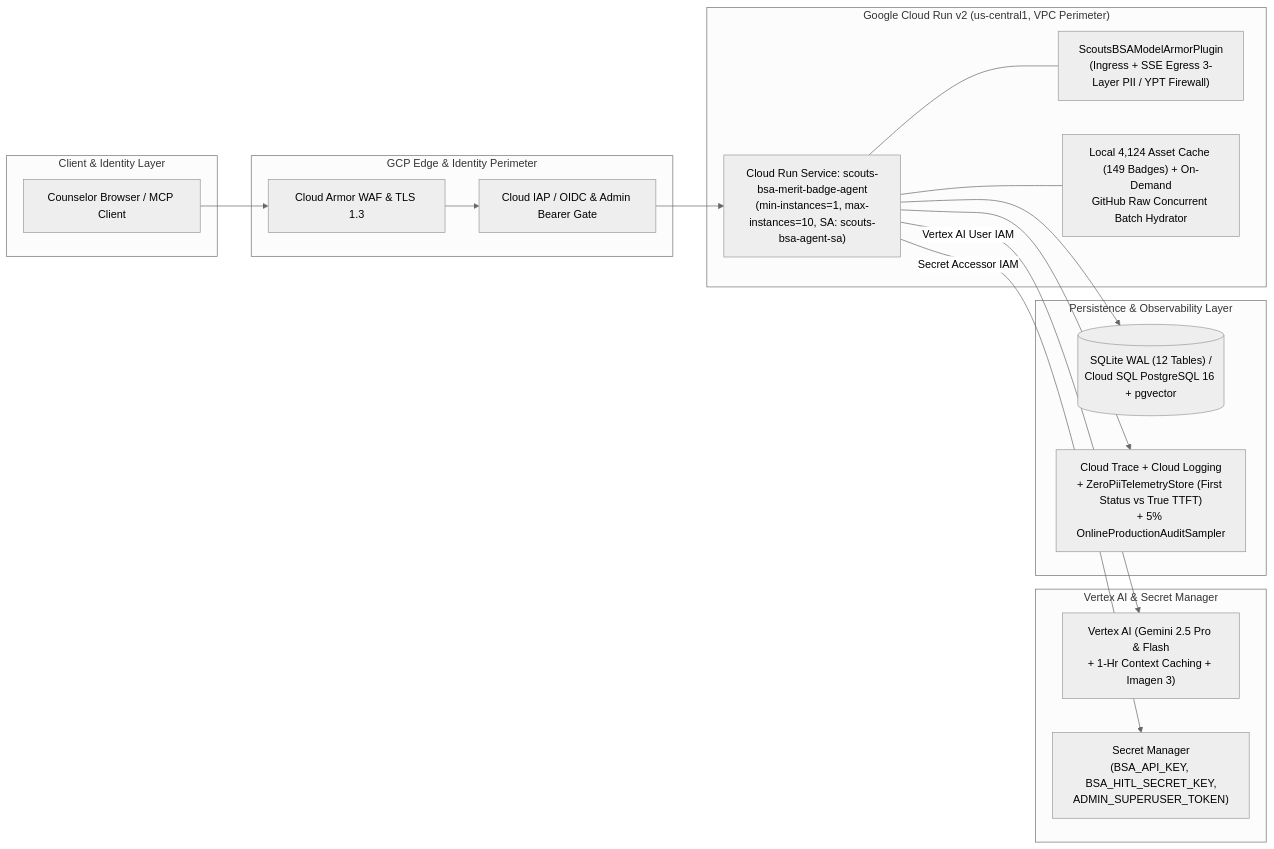
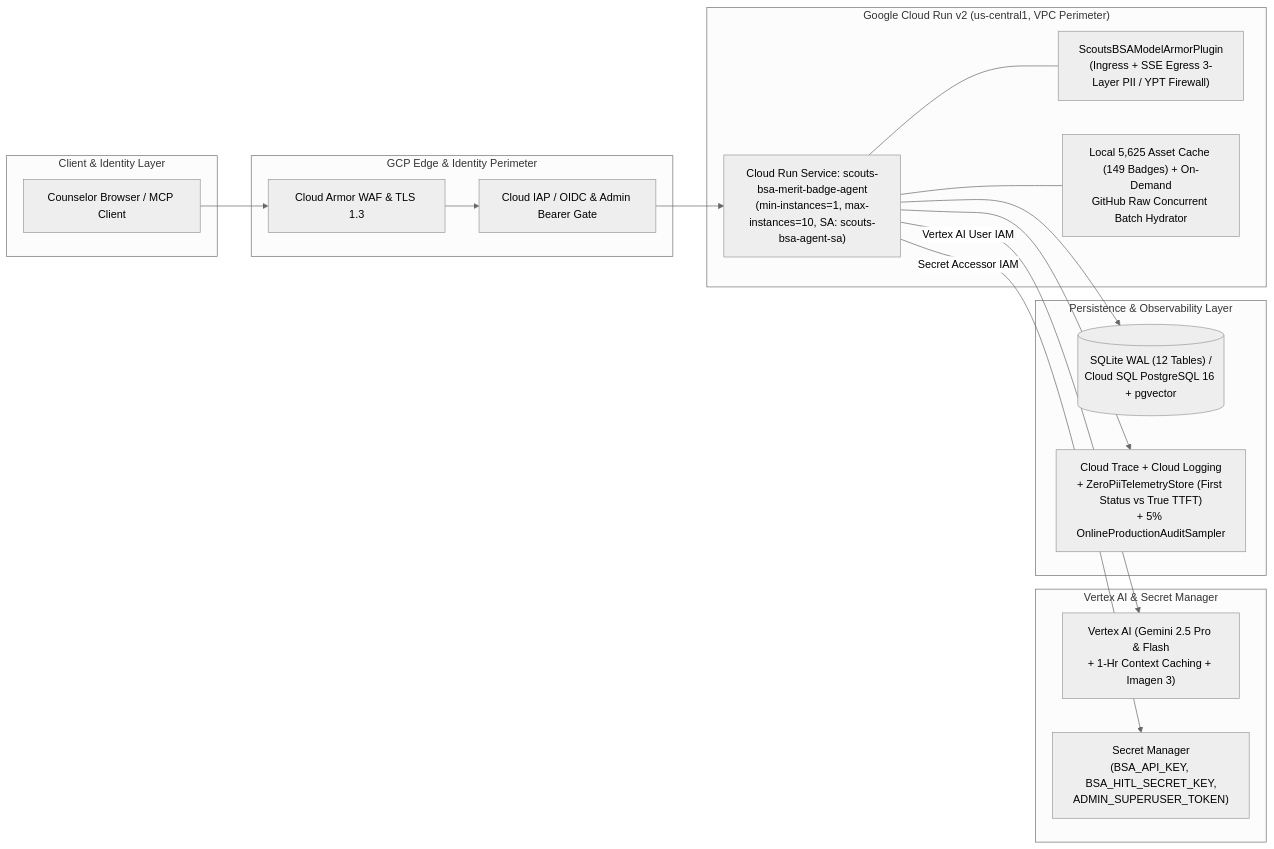
Before and after one commit to clayberg/scouts-bsa-merit-badge-agent: the second of 2 diagrams in docs/ARCHITECTURE.md, drawn with Mermaid (neutral theme). The commit also changed other lines of this file and 250 other files, not shown here.

````diff
--- a/docs/ARCHITECTURE.md
+++ b/docs/ARCHITECTURE.md
@@ -45,35 +45,35 @@
 ```mermaid
 flowchart LR
     subgraph External["Client & Identity Layer"]
         Browser["Counselor Browser / MCP Client"]
     end
 
     subgraph Edge["GCP Edge & Identity Perimeter"]
         ArmorWAF["Cloud Armor WAF & TLS 1.3"]
         IAP["Cloud IAP / OIDC & Admin Bearer Gate"]
         Browser --> ArmorWAF --> IAP
     end
 
     subgraph Compute["Google Cloud Run v2 (us-central1, VPC Perimeter)"]
         CloudRun["Cloud Run Service: scouts-bsa-merit-badge-agent\n(min-instances=1, max-instances=10, SA: scouts-bsa-agent-sa)"]
         ModelArmor["ScoutsBSAModelArmorPlugin\n(Ingress + SSE Egress 3-Layer PII / YPT Firewall)"]
-        Hydrator["Local 4,124 Asset Cache (149 Badges) + On-Demand\nGitHub Raw Concurrent Batch Hydrator"]
+        Hydrator["Local 5,625 Asset Cache (149 Badges) + On-Demand\nGitHub Raw Concurrent Batch Hydrator"]
         IAP --> CloudRun
         CloudRun --- ModelArmor
         CloudRun --- Hydrator
     end
 
     subgraph AI_And_Secrets["Vertex AI & Secret Manager"]
         VertexAI["Vertex AI (Gemini 2.5 Pro & Flash\n+ 1-Hr Context Caching + Imagen 3)"]
         SecretMgr["Secret Manager\n(BSA_API_KEY, BSA_HITL_SECRET_KEY,\nADMIN_SUPERUSER_TOKEN)"]
         CloudRun -->|"Vertex AI User IAM"| VertexAI
         CloudRun -->|"Secret Accessor IAM"| SecretMgr
     end
 
     subgraph Persistence_And_Ops["Persistence & Observability Layer"]
         StateDB[("SQLite WAL (12 Tables) /\nCloud SQL PostgreSQL 16 + pgvector")]
         Telemetry["Cloud Trace + Cloud Logging\n+ ZeroPiiTelemetryStore (First Status vs True TTFT)\n+ 5% OnlineProductionAuditSampler"]
         CloudRun --> StateDB
         CloudRun --> Telemetry
     end
 ```
````
